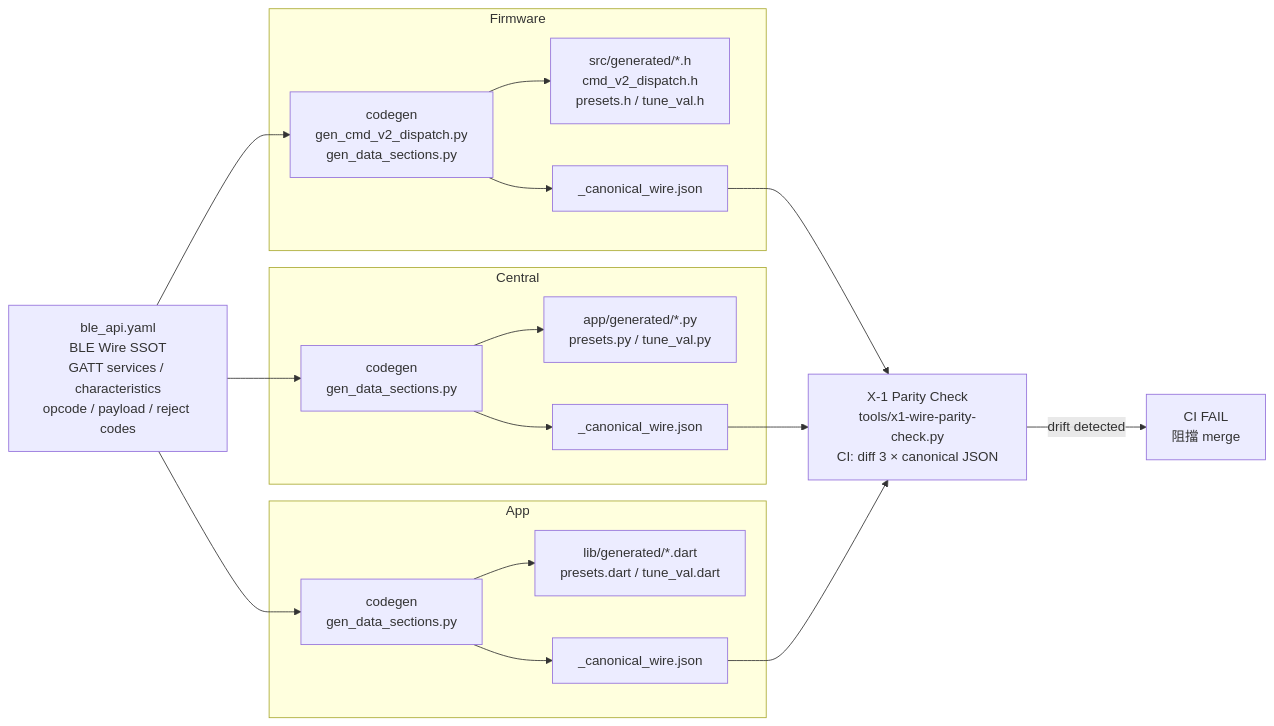
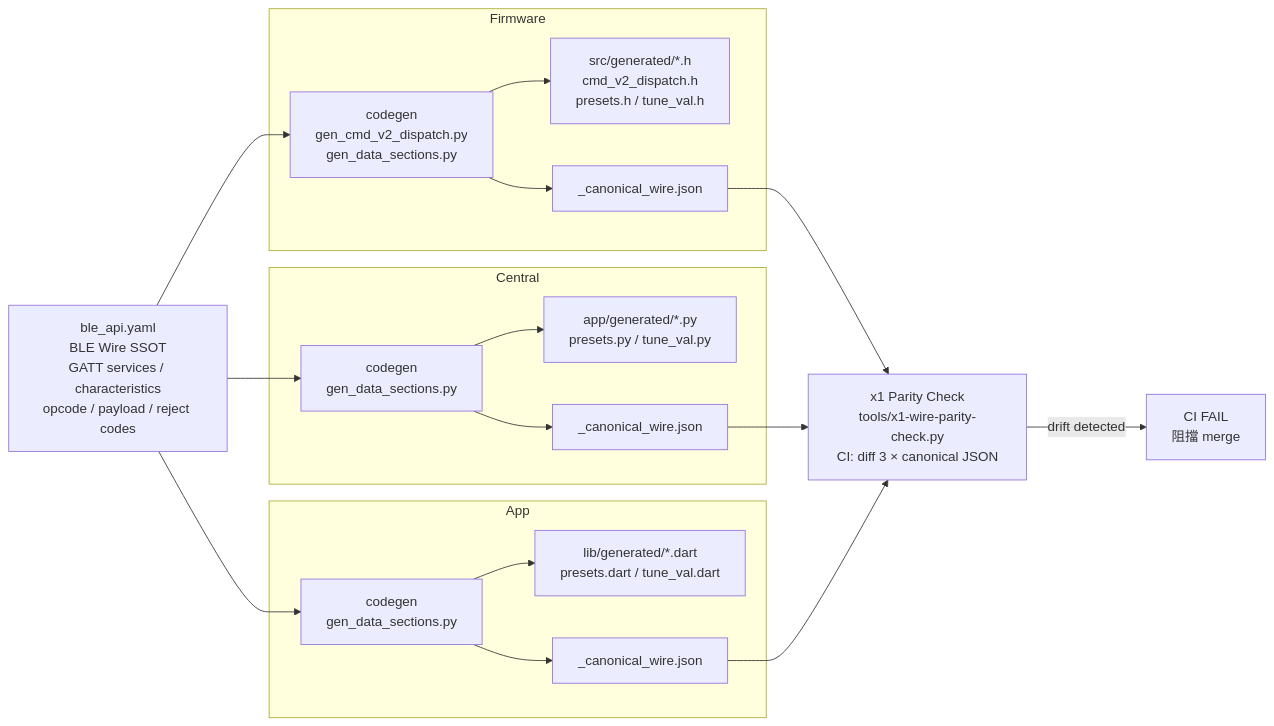
Before and after one commit to Royyyylin/rml-system-spec-pack: the diagram in shared-spec/diagrams/architecture/arch-ble-wire.md, drawn with Mermaid. The commit also changed other lines of this file and 42 other files, not shown here.

````diff
--- a/shared-spec/diagrams/architecture/arch-ble-wire.md
+++ b/shared-spec/diagrams/architecture/arch-ble-wire.md
@@ -18,35 +18,35 @@
 ```mermaid
 flowchart LR
     YAML[ble_api.yaml\nBLE Wire SSOT\nGATT services / characteristics\nopcode / payload / reject codes]
 
     subgraph Firmware
         FW_GEN[codegen\ngen_cmd_v2_dispatch.py\ngen_data_sections.py]
         FW_H[src/generated/*.h\ncmd_v2_dispatch.h\npresets.h / tune_val.h]
         FW_JSON[_canonical_wire.json]
     end
 
     subgraph Central
         CT_GEN[codegen\ngen_data_sections.py]
         CT_PY[app/generated/*.py\npresets.py / tune_val.py]
         CT_JSON[_canonical_wire.json]
     end
 
     subgraph App
         AP_GEN[codegen\ngen_data_sections.py]
         AP_DART[lib/generated/*.dart\npresets.dart / tune_val.dart]
         AP_JSON[_canonical_wire.json]
     end
 
-    CI[X-1 Parity Check\ntools/x1-wire-parity-check.py\nCI: diff 3 × canonical JSON]
+    CI[x1 Parity Check\ntools/x1-wire-parity-check.py\nCI: diff 3 × canonical JSON]
 
     YAML --> FW_GEN --> FW_H
     YAML --> CT_GEN --> CT_PY
     YAML --> AP_GEN --> AP_DART
     FW_GEN --> FW_JSON
     CT_GEN --> CT_JSON
     AP_GEN --> AP_JSON
     FW_JSON --> CI
     CT_JSON --> CI
     AP_JSON --> CI
     CI -->|drift detected| FAIL[CI FAIL\n阻擋 merge]
 ```
````
